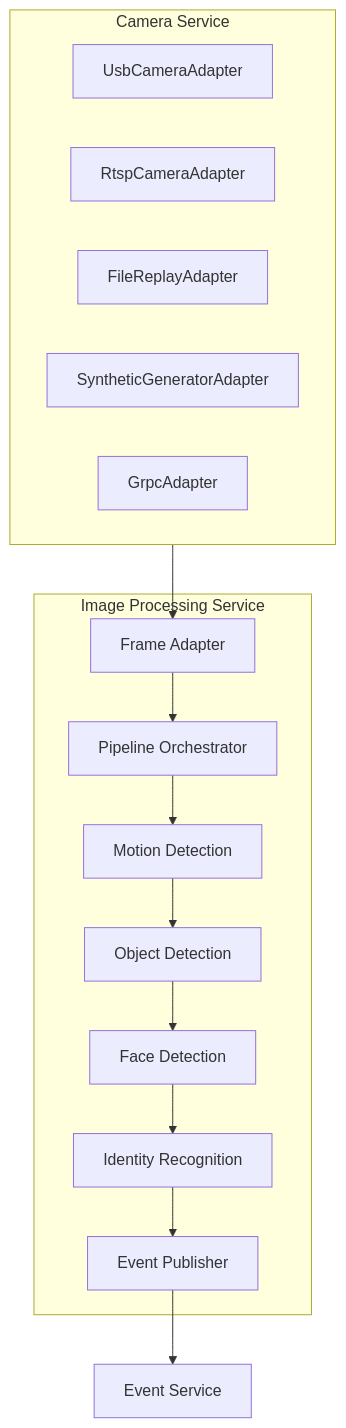
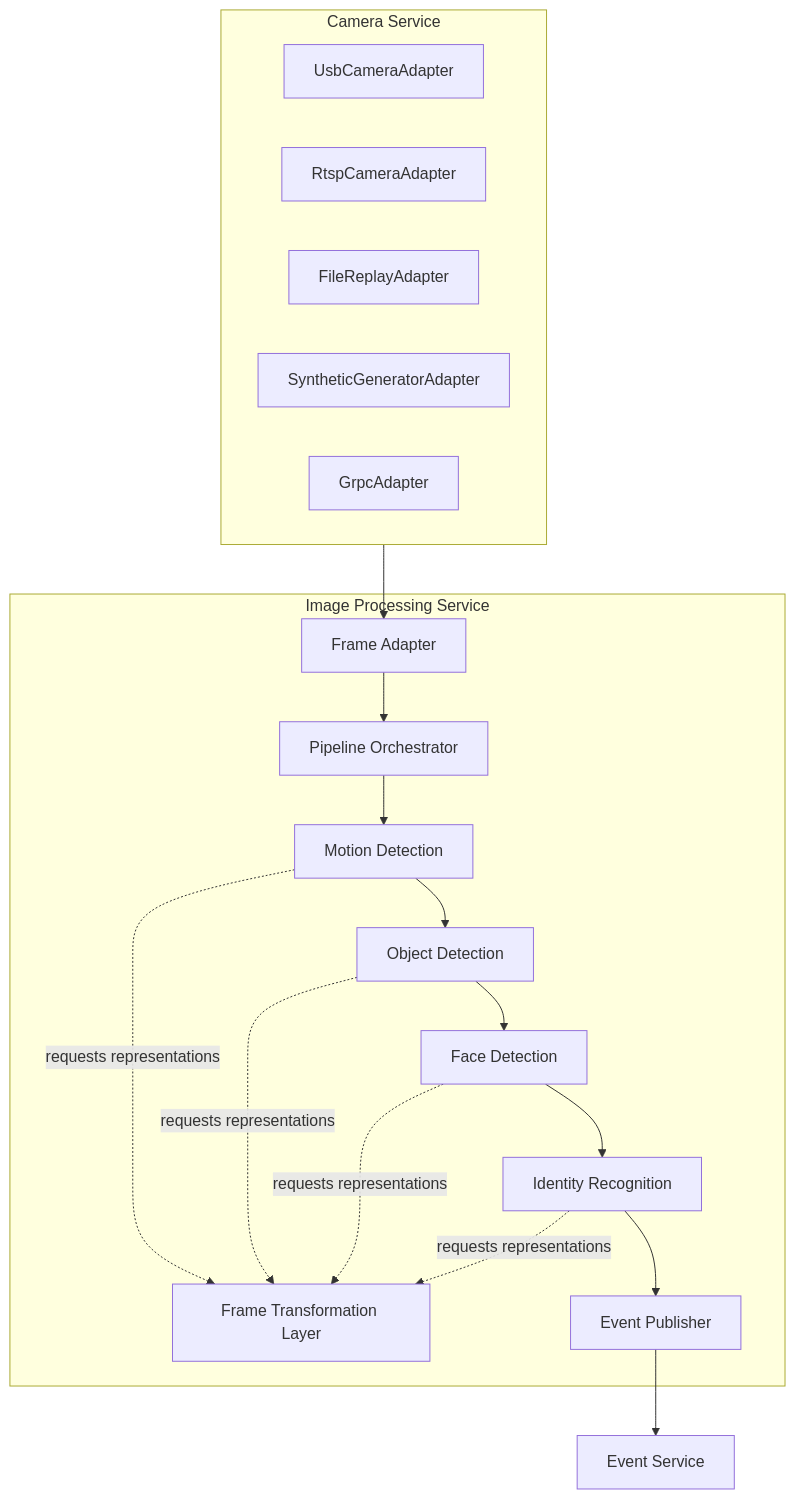
Before and after one commit to talifruman/camera-recognition: the first of 3 diagrams in doc/image_processing_service.md, drawn with Mermaid. The commit also changed other lines of this file and 2 other files, not shown here.

Commit message:
Update image processing service documentation with frame adapter and transformation layer

````diff
--- a/doc/image_processing_service.md
+++ b/doc/image_processing_service.md
@@ -24,26 +25,31 @@
 ```mermaid
 flowchart TB
     subgraph CameraService[Camera Service]
         CA1[UsbCameraAdapter]
         CA2[RtspCameraAdapter]
         CA3[FileReplayAdapter]
         CA4[SyntheticGeneratorAdapter]
         CA5[GrpcAdapter]
     end
 
     subgraph ImageProcessing[Image Processing Service]
         FA[Frame Adapter]
+      FTL[Frame Transformation Layer]
         PO[Pipeline Orchestrator]
         MD[Motion Detection]
         OD[Object Detection]
         FD[Face Detection]
         IR[Identity Recognition]
         EP[Event Publisher]
     end
 
     EventService[Event Service]
 
-    CameraService --> FA --> PO
-    PO --> MD --> OD --> FD --> IR --> EP
+  CameraService --> FA --> PO
+  MD -. requests representations .-> FTL
+  OD -. requests representations .-> FTL
+  FD -. requests representations .-> FTL
+  IR -. requests representations .-> FTL
+  PO --> MD --> OD --> FD --> IR --> EP
     EP --> EventService
 ```
````
